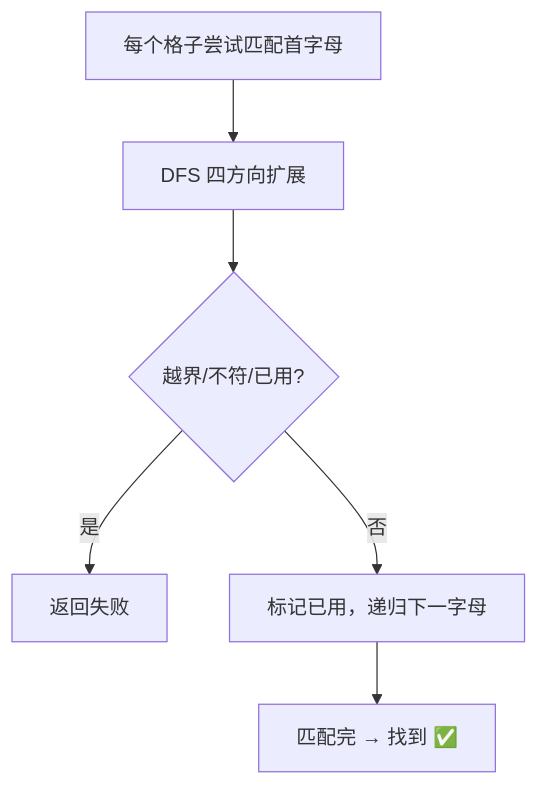
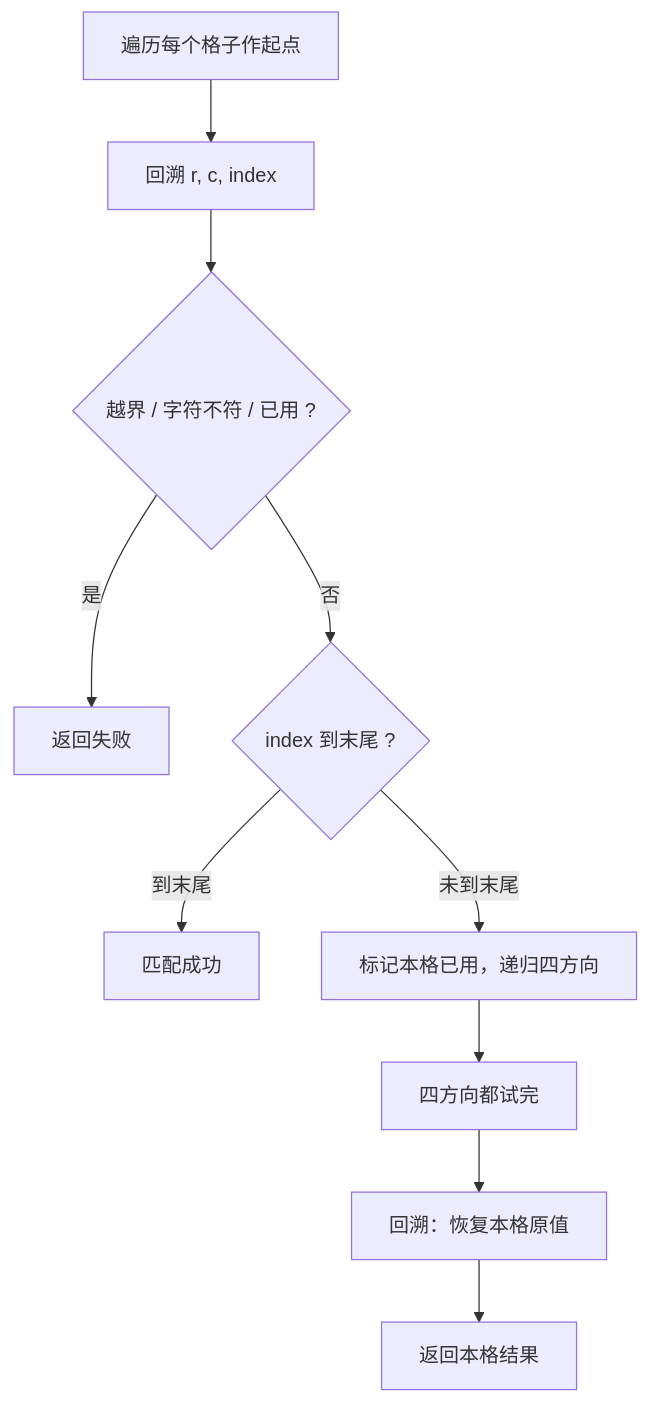
Before and after one commit to OctalZero/hot100-py: the first of 2 diagrams in 11-回溯/0079-单词搜索.md, drawn with Mermaid. The commit also changed other lines of this file and 117 other files, not shown here.

First line of the commit message:
feat: 全题解配图升级为「动画式 mermaid」（总览骨架 + 横向时间线逐步推演）

````diff
--- a/11-回溯/0079-单词搜索.md
+++ b/11-回溯/0079-单词搜索.md
@@ -20,8 +20,12 @@
 ```mermaid
 flowchart TD
-    A["每个格子尝试匹配首字母"] --> B["DFS 四方向扩展"]
-    B --> C{"越界/不符/已用?"}
-    C -- "是" --> D["返回失败"]
-    C -- "否" --> E["标记已用，递归下一字母"]
-    E --> F["匹配完 → 找到 ✅"]
+    A["遍历每个格子作起点"] --> B["回溯 r, c, index"]
+    B --> C{"越界 / 字符不符 / 已用 ?"}
+    C -->|"是"| D["返回失败"]
+    C -->|"否"| E{"index 到末尾 ?"}
+    E -->|"到末尾"| F["匹配成功"]
+    E -->|"未到末尾"| G["标记本格已用，递归四方向"]
+    G --> H["四方向都试完"]
+    H --> I["回溯：恢复本格原值"]
+    I --> J["返回本格结果"]
 ```
````
